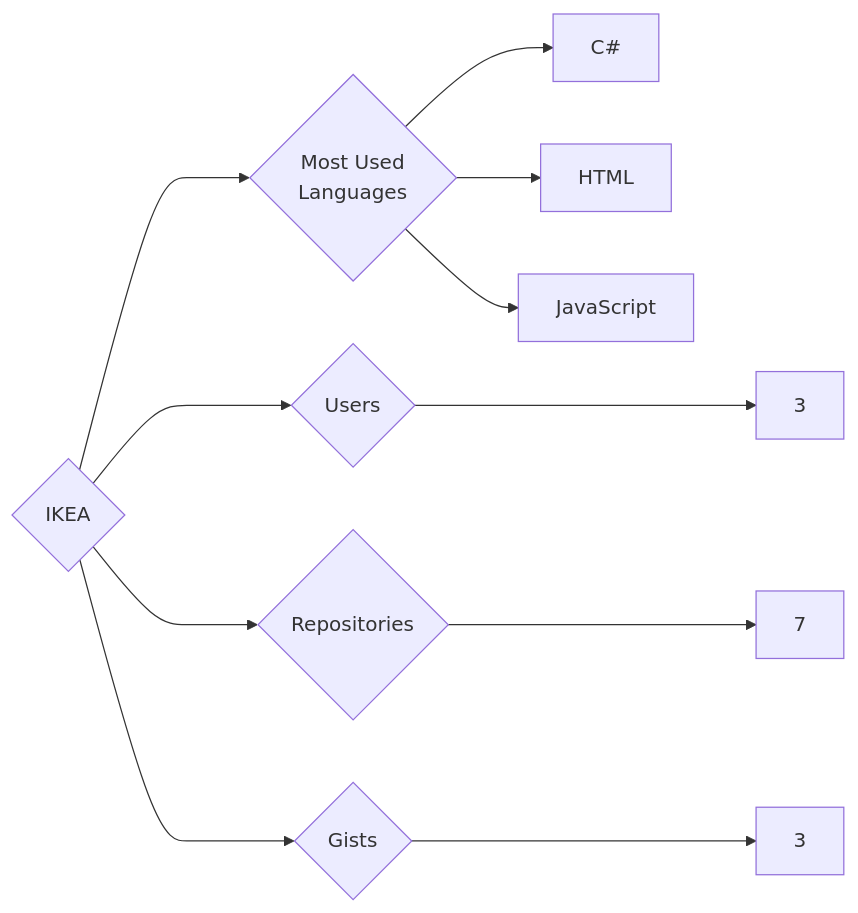
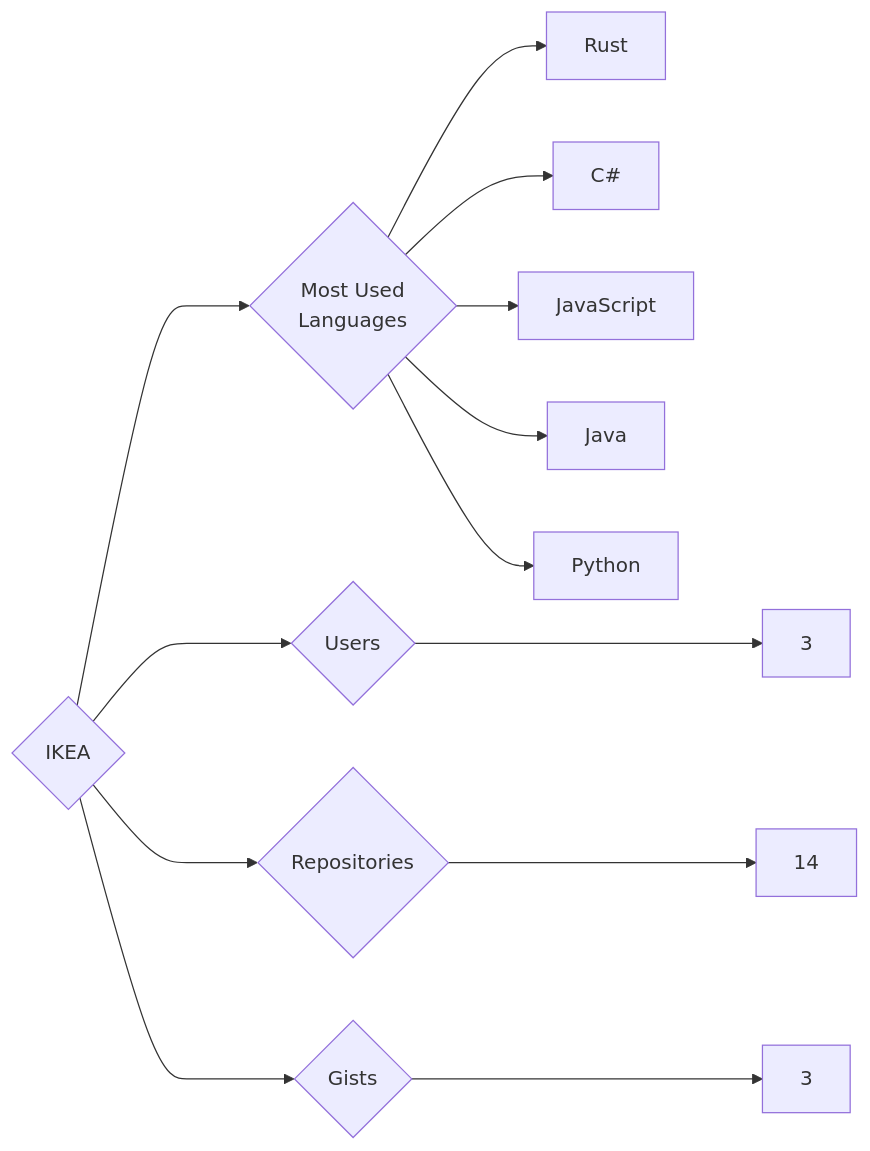
The diagram in targets/IKEA/README.md (trickest/insiders), drawn with Mermaid before and after one commit. The commit also changed 1007 other files, not shown here.

````diff
--- a/targets/IKEA/README.md
+++ b/targets/IKEA/README.md
@@ -3,11 +3,13 @@
 ```mermaid
 graph LR
 COMPANY_NAME{IKEA}
 COMPANY_NAME ---> U{Users} ---> UN[3]
-COMPANY_NAME ---> R{Repositories} ---> RN[7]
+COMPANY_NAME ---> R{Repositories} ---> RN[14]
 COMPANY_NAME ---> G{Gists} ---> GN[3]
 COMPANY_NAME ---> ML{Most Used<br>Languages}
+ML --> Rust[Rust]
 ML --> C#[C#]
-ML --> HTML[HTML]
 ML --> JavaScript[JavaScript]
+ML --> Java[Java]
+ML --> Python[Python]
 ```
````
